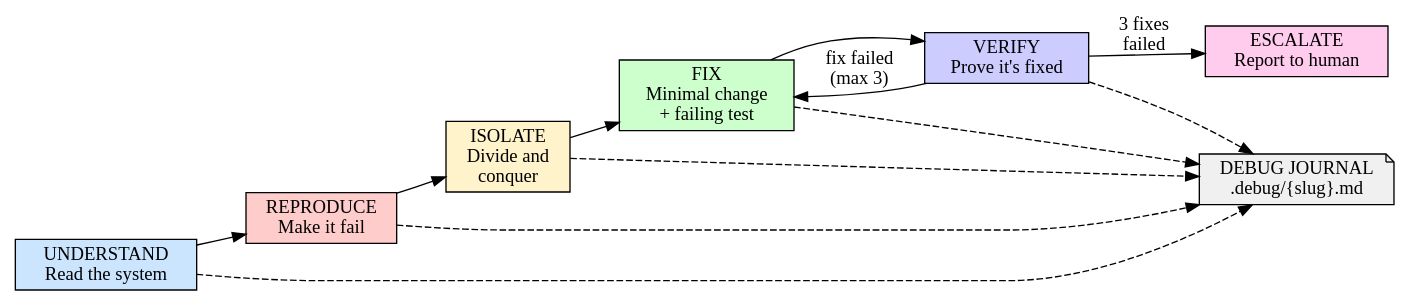
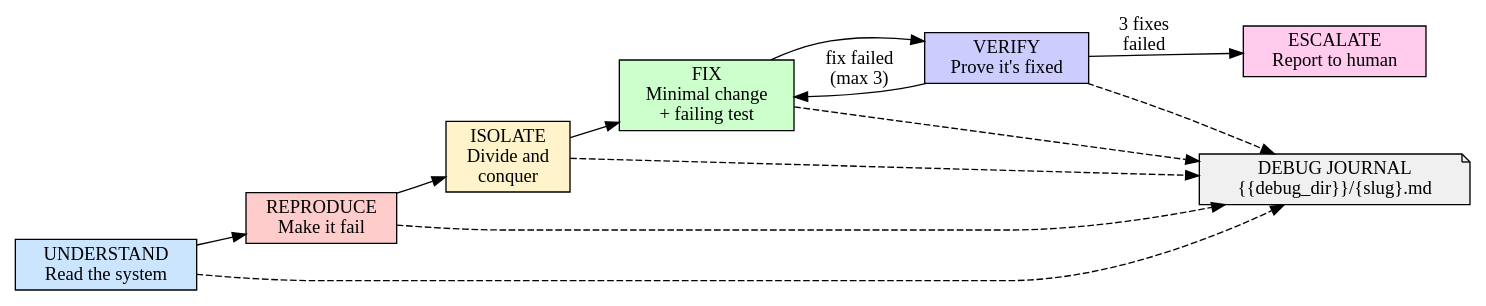
One commit to etr/groundwork changed the diagram in skills/debug/SKILL.md. Above: the diagram before and after it, drawn with Graphviz. The commit also changed other lines of this file and 53 other files, not shown here.

````diff
--- a/skills/debug/SKILL.md
+++ b/skills/debug/SKILL.md
@@ -76,25 +76,25 @@
 ```dot
 digraph debugging {
     rankdir=LR;
     understand [label="UNDERSTAND\nRead the system", shape=box, style=filled, fillcolor="#cce5ff"];
     reproduce [label="REPRODUCE\nMake it fail", shape=box, style=filled, fillcolor="#ffcccc"];
     isolate [label="ISOLATE\nDivide and\nconquer", shape=box, style=filled, fillcolor="#fff3cc"];
     fix [label="FIX\nMinimal change\n+ failing test", shape=box, style=filled, fillcolor="#ccffcc"];
     verify [label="VERIFY\nProve it's fixed", shape=box, style=filled, fillcolor="#ccccff"];
     escalate [label="ESCALATE\nReport to human", shape=box, style=filled, fillcolor="#ffccee"];
-    journal [label="DEBUG JOURNAL\n.debug/{slug}.md", shape=note, style=filled, fillcolor="#f0f0f0"];
+    journal [label="DEBUG JOURNAL\n{{debug_dir}}/{slug}.md", shape=note, style=filled, fillcolor="#f0f0f0"];
 
     understand -> reproduce;
     reproduce -> isolate;
     isolate -> fix;
     fix -> verify;
     verify -> fix [label="fix failed\n(max 3)"];
     verify -> escalate [label="3 fixes\nfailed"];
 
     understand -> journal [style=dashed];
     reproduce -> journal [style=dashed];
     isolate -> journal [style=dashed];
     fix -> journal [style=dashed];
     verify -> journal [style=dashed];
 }
 ```
````
